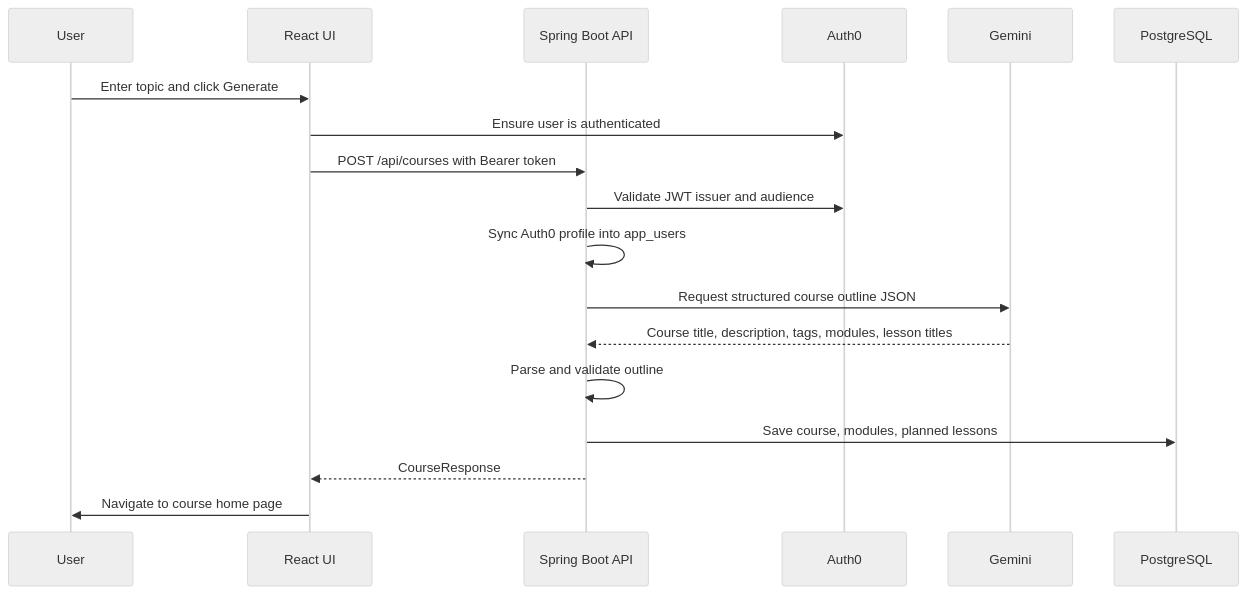
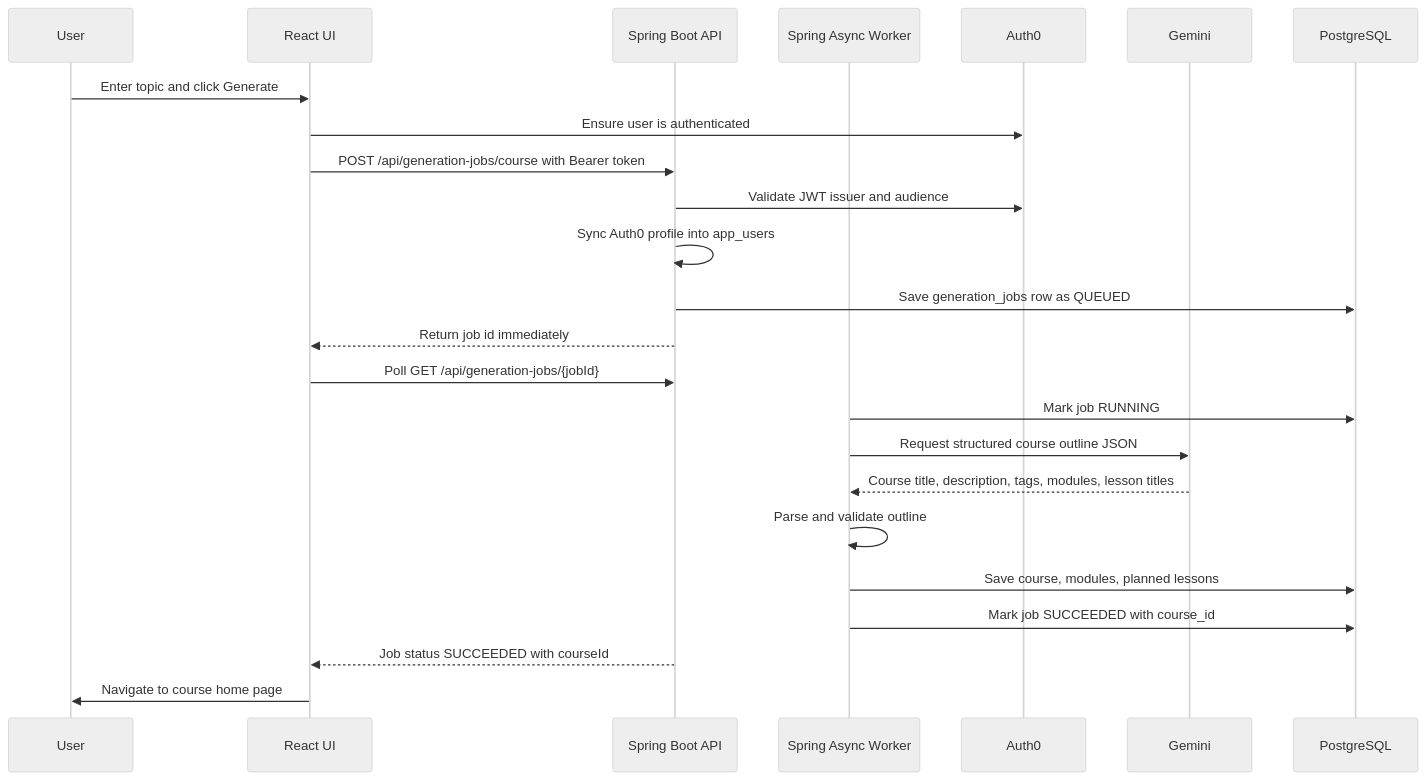
One commit to abhinav1karthik/Text-to-Learn-AI changed the second of 8 diagrams in README.md. Above: the diagram before and after it, drawn with Mermaid (neutral theme). The commit also changed other lines of this file and 13 other files, not shown here.

Commit message:
Add async course generation jobs

````diff
--- a/README.md
+++ b/README.md
@@ -70,21 +75,27 @@
 ```mermaid
 sequenceDiagram
     participant U as User
     participant UI as React UI
     participant API as Spring Boot API
+    participant W as Spring Async Worker
     participant A0 as Auth0
     participant G as Gemini
     participant DB as PostgreSQL
 
     U->>UI: Enter topic and click Generate
     UI->>A0: Ensure user is authenticated
-    UI->>API: POST /api/courses with Bearer token
+    UI->>API: POST /api/generation-jobs/course with Bearer token
     API->>A0: Validate JWT issuer and audience
     API->>API: Sync Auth0 profile into app_users
-    API->>G: Request structured course outline JSON
-    G-->>API: Course title, description, tags, modules, lesson titles
-    API->>API: Parse and validate outline
-    API->>DB: Save course, modules, planned lessons
-    API-->>UI: CourseResponse
+    API->>DB: Save generation_jobs row as QUEUED
+    API-->>UI: Return job id immediately
+    UI->>API: Poll GET /api/generation-jobs/{jobId}
+    W->>DB: Mark job RUNNING
+    W->>G: Request structured course outline JSON
+    G-->>W: Course title, description, tags, modules, lesson titles
+    W->>W: Parse and validate outline
+    W->>DB: Save course, modules, planned lessons
+    W->>DB: Mark job SUCCEEDED with course_id
+    API-->>UI: Job status SUCCEEDED with courseId
     UI->>U: Navigate to course home page
 ```
````
